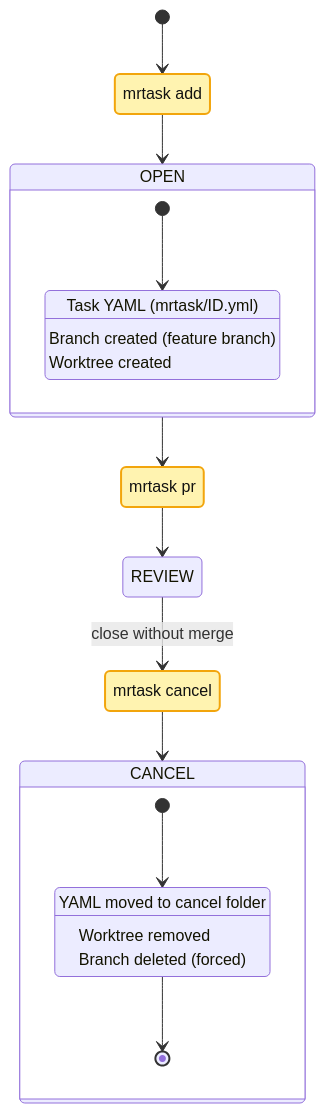
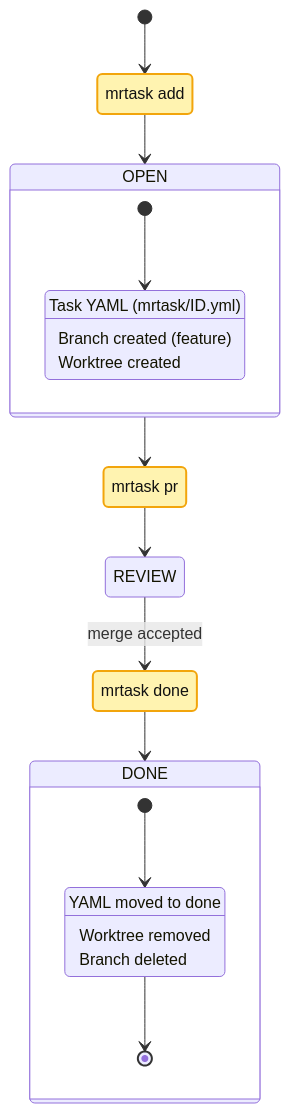
The third of 5 diagrams in README.md (kubohiroya/mrtask), drawn with Mermaid before and after one commit. The commit also changed other lines of this file and 30 other files, not shown here.

````diff
--- a/README.md
+++ b/README.md
@@ -328,32 +342,32 @@
 ```mermaid
 stateDiagram-v2
     classDef cmd fill:#FFF3B0,stroke:#F2A50C,stroke-width:2px,color:#111
 
     [*] --> CMD_ADD
     CMD_ADD: mrtask add
     class CMD_ADD cmd
     CMD_ADD --> OPEN
     state OPEN {
       [*] --> TaskOpen
       TaskOpen: Task YAML (mrtask/ID.yml)
-      TaskOpen: Branch created (feature branch)
+      TaskOpen: Branch created (feature)
       TaskOpen: Worktree created
     }
 
     OPEN --> CMD_PR
     CMD_PR: mrtask pr
     class CMD_PR cmd
     CMD_PR --> REVIEW
-    REVIEW --> CMD_CANCEL: close without merge
+    REVIEW --> CMD_DONE: merge accepted
 
-    CMD_CANCEL: mrtask cancel
-    class CMD_CANCEL cmd
-    CMD_CANCEL --> CANCEL
-    state CANCEL {
+    CMD_DONE: mrtask done
+    class CMD_DONE cmd
+    CMD_DONE --> DONE
+    state DONE {
       [*] --> Cleanup
-      Cleanup: YAML moved to cancel folder
+      Cleanup: YAML moved to done
       Cleanup: Worktree removed
-      Cleanup: Branch deleted (forced)
+      Cleanup: Branch deleted
       Cleanup --> [*]
     }
 ```
````
